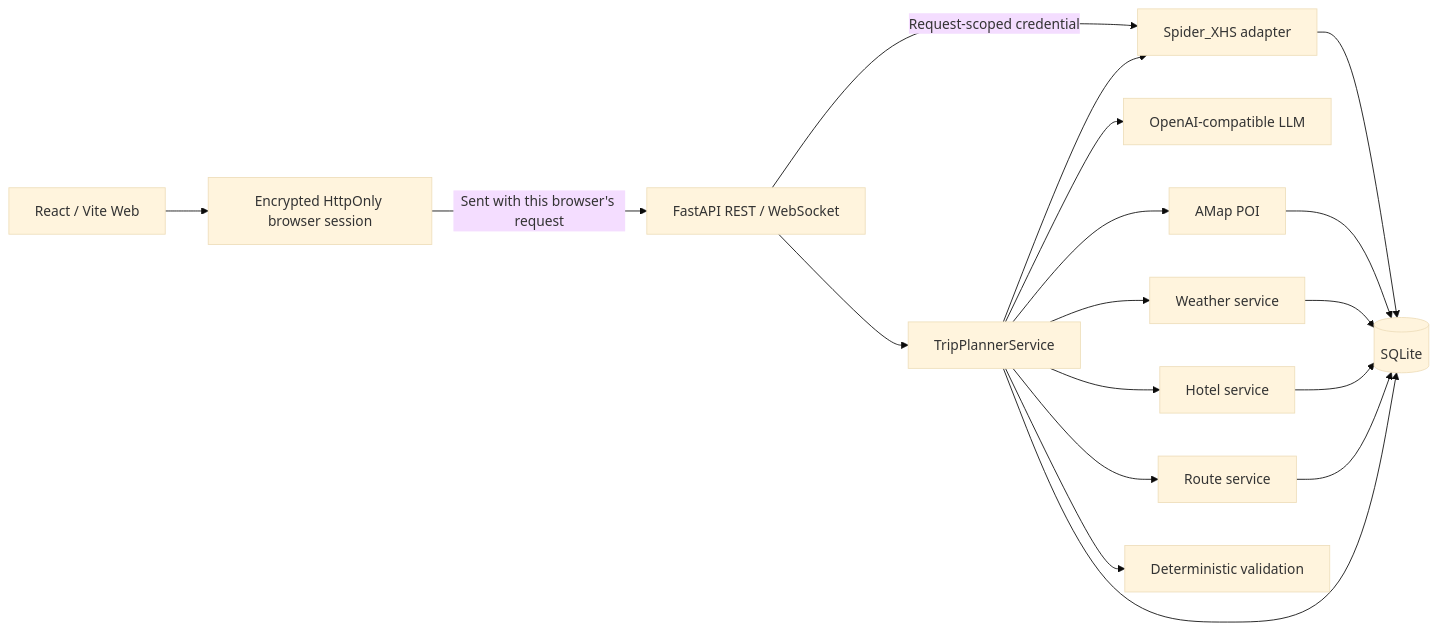
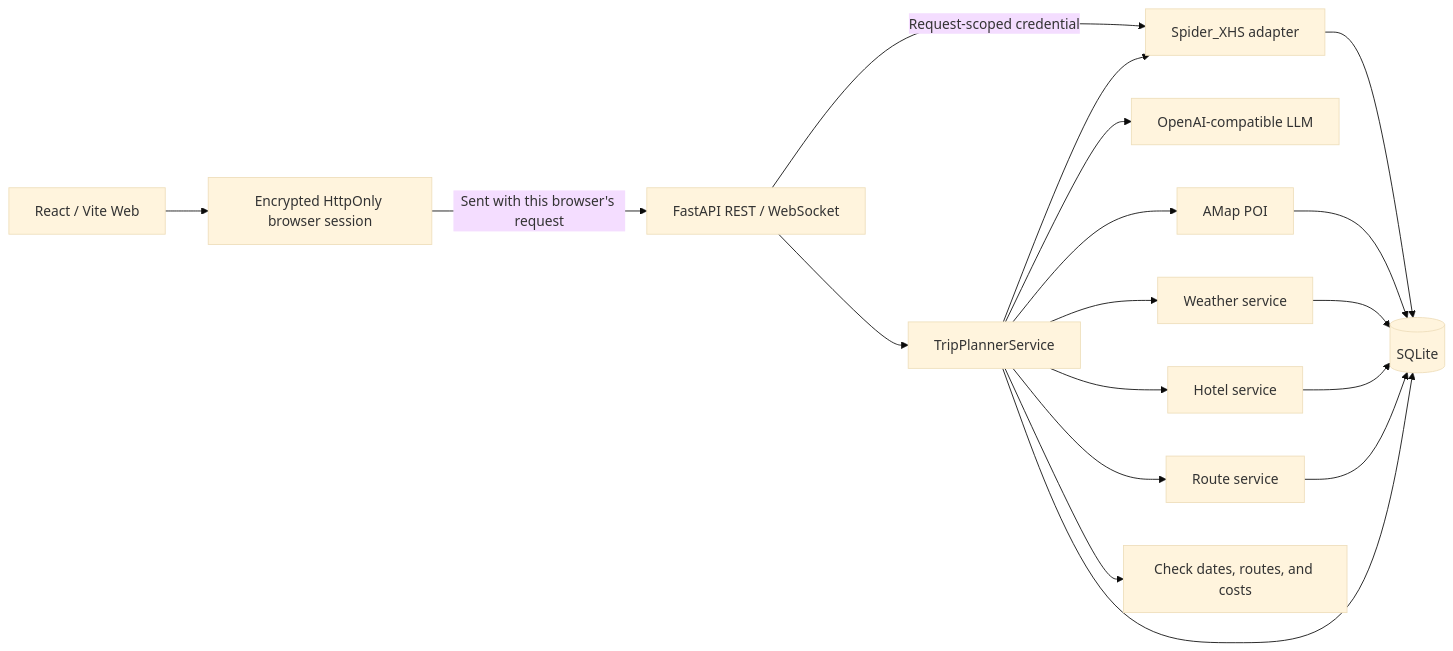
The second of 2 diagrams in README_en.md (dolt-y/TravelMind-AI), drawn with Mermaid (base theme) before and after one commit. The commit also changed other lines of this file and 4 other files, not shown here.

````diff
--- a/README_en.md
+++ b/README_en.md
@@ -262,20 +265,20 @@
 ```mermaid
 flowchart LR
     UI["React / Vite Web"] --> SESSION["Encrypted HttpOnly browser session"]
     SESSION -->|"Sent with this browser's request"| API["FastAPI REST / WebSocket"]
     API --> ORCH["TripPlannerService"]
     API -->|"Request-scoped credential"| XHS["Spider_XHS adapter"]
     ORCH --> XHS
     ORCH --> LLM["OpenAI-compatible LLM"]
     ORCH --> POI["AMap POI"]
     ORCH --> WEATHER["Weather service"]
     ORCH --> HOTEL["Hotel service"]
     ORCH --> ROUTE["Route service"]
-    ORCH --> VALIDATE["Deterministic validation"]
+    ORCH --> VALIDATE["Check dates, routes, and costs"]
     XHS --> DB[("SQLite")]
     POI --> DB
     WEATHER --> DB
     HOTEL --> DB
     ROUTE --> DB
     ORCH --> DB
 ```
````
